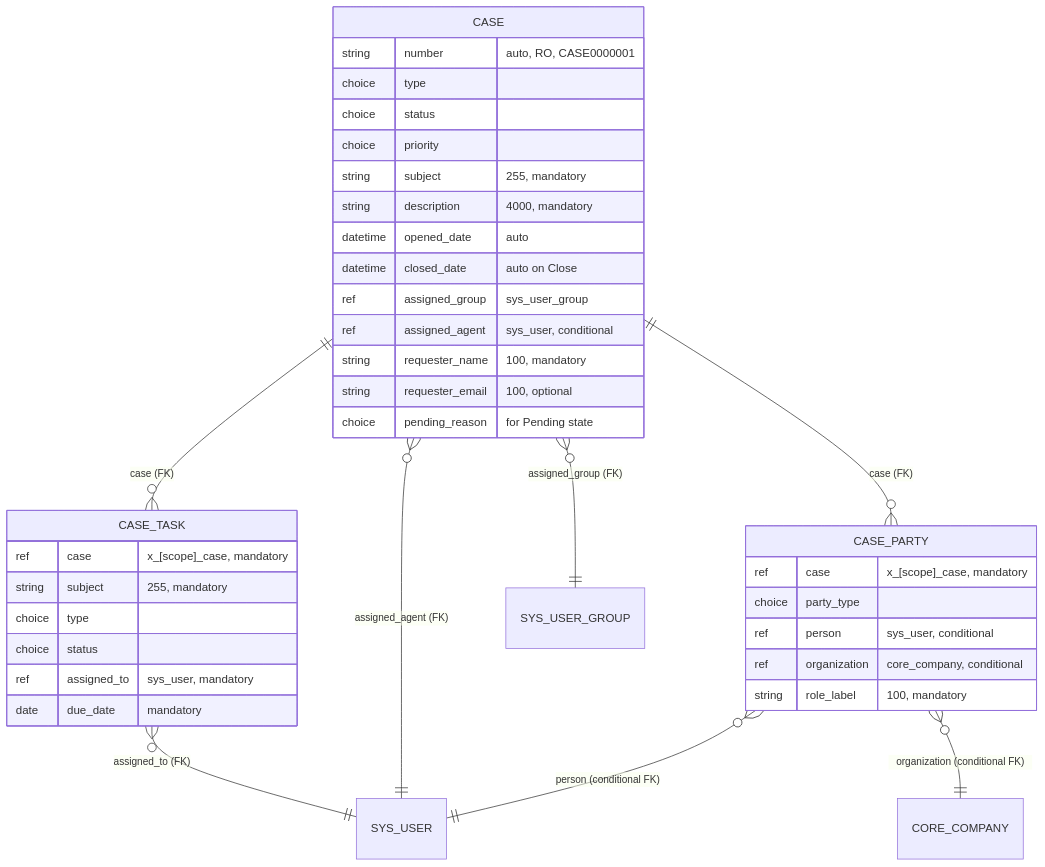
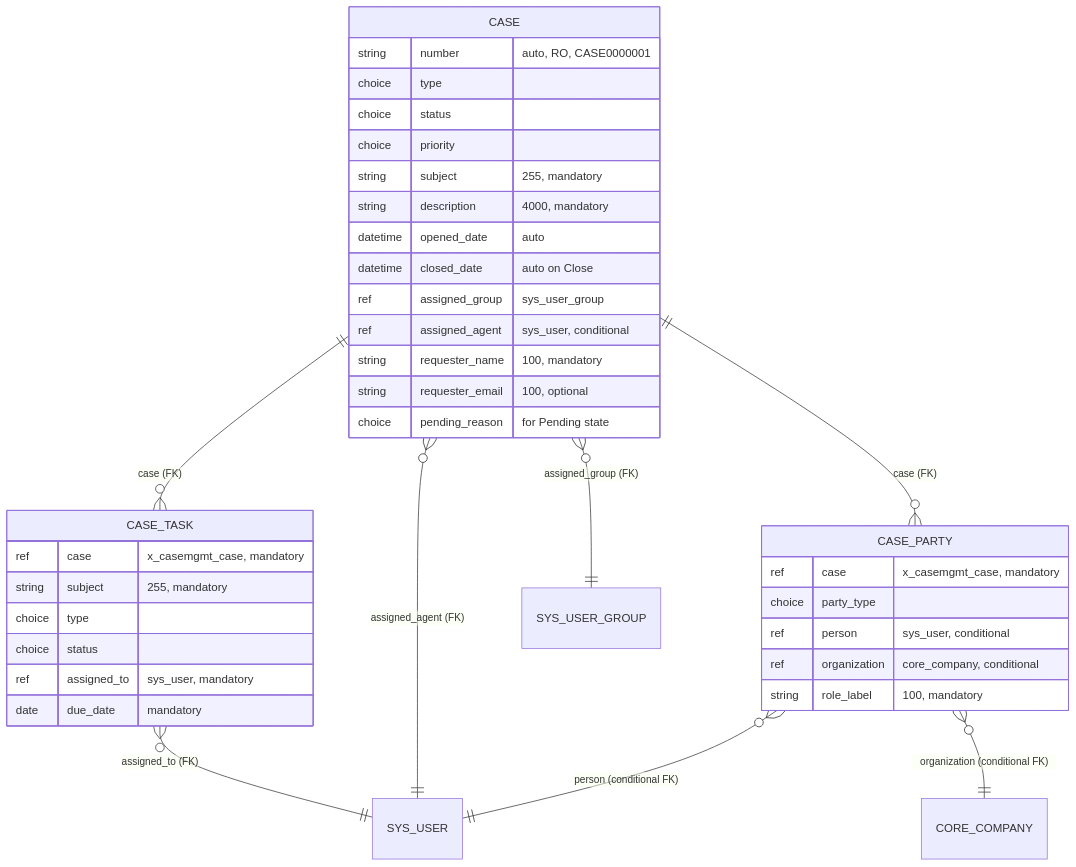
The diagram in servicenow-case-management-poc/docs/data-model.md (Blitzy-Sandbox/blitzy-ArkCase), drawn with Mermaid before and after one commit. The commit also changed other lines of this file and 237 other files, not shown here.

````diff
--- a/servicenow-case-management-poc/docs/data-model.md
+++ b/servicenow-case-management-poc/docs/data-model.md
@@ -19,43 +19,43 @@
 ```mermaid
 erDiagram
     CASE ||--o{ CASE_TASK : "case (FK)"
     CASE ||--o{ CASE_PARTY : "case (FK)"
     CASE_PARTY }o--|| SYS_USER : "person (conditional FK)"
     CASE_PARTY }o--|| CORE_COMPANY : "organization (conditional FK)"
     CASE }o--|| SYS_USER_GROUP : "assigned_group (FK)"
     CASE }o--|| SYS_USER : "assigned_agent (FK)"
     CASE_TASK }o--|| SYS_USER : "assigned_to (FK)"
 
     CASE {
         string number "auto, RO, CASE0000001"
         choice type
         choice status
         choice priority
         string subject "255, mandatory"
         string description "4000, mandatory"
         datetime opened_date "auto"
         datetime closed_date "auto on Close"
         ref assigned_group "sys_user_group"
         ref assigned_agent "sys_user, conditional"
         string requester_name "100, mandatory"
         string requester_email "100, optional"
         choice pending_reason "for Pending state"
     }
 
     CASE_TASK {
-        ref case "x_[scope]_case, mandatory"
+        ref case "x_casemgmt_case, mandatory"
         string subject "255, mandatory"
         choice type
         choice status
         ref assigned_to "sys_user, mandatory"
         date due_date "mandatory"
     }
 
     CASE_PARTY {
-        ref case "x_[scope]_case, mandatory"
+        ref case "x_casemgmt_case, mandatory"
         choice party_type
         ref person "sys_user, conditional"
         ref organization "core_company, conditional"
         string role_label "100, mandatory"
     }
 ```
````
